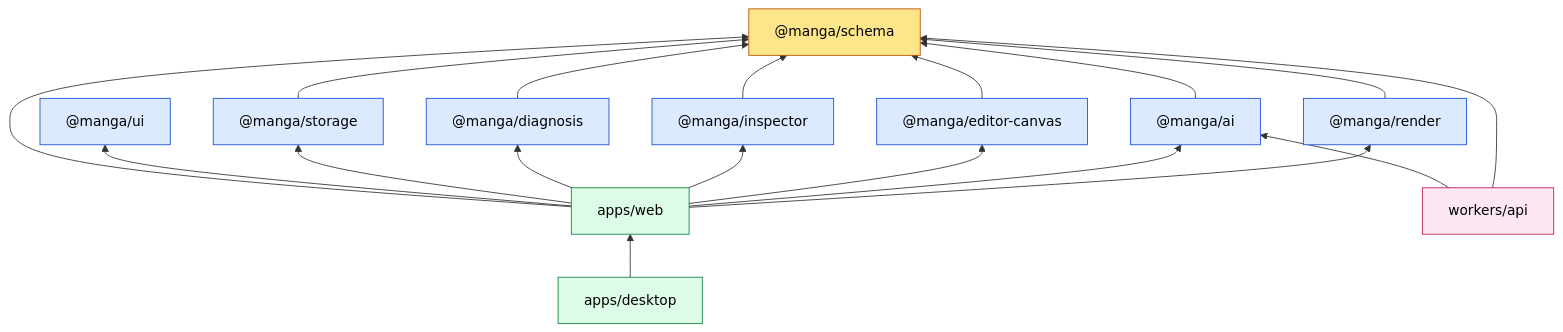
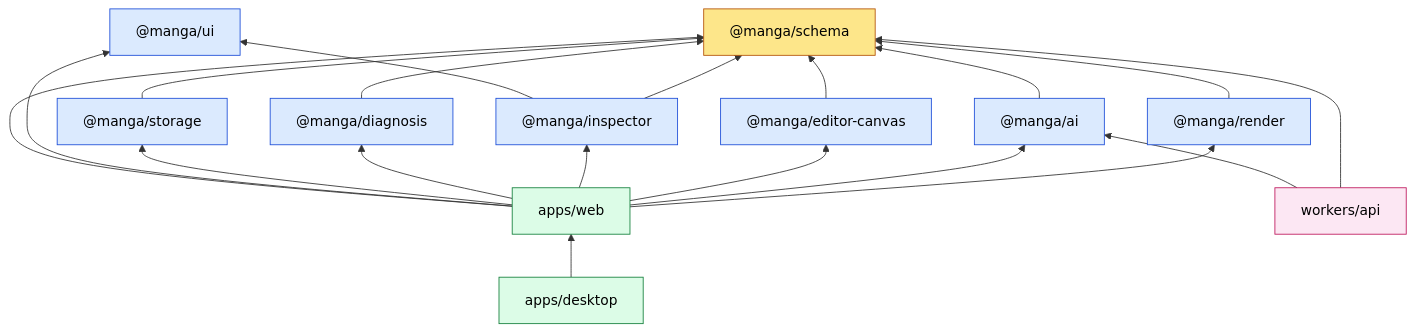
Before and after one commit to omni-stove/manga-name: the first of 4 diagrams in docs/07-dependencies.md, drawn with Mermaid. The commit also changed 70 other files, not shown here.

````diff
--- a/docs/07-dependencies.md
+++ b/docs/07-dependencies.md
@@ -13,25 +13,25 @@
 ```mermaid
 graph BT
   schema["@manga/schema"]
 
   render["@manga/render"] --> schema
   ai["@manga/ai"] --> schema
   canvas["@manga/editor-canvas"] --> schema
-  inspector["@manga/inspector"] --> schema
+  inspector["@manga/inspector"] --> schema & ui
   diagnosis["@manga/diagnosis"] --> schema
   storage["@manga/storage"] --> schema
   ui["@manga/ui"]
 
   web["apps/web"] --> render & ai & canvas & inspector & diagnosis & storage & ui & schema
   desktop["apps/desktop"] --> web
   api["workers/api"] --> schema & ai
 
   classDef core fill:#fde68a,stroke:#b45309,color:#000
   classDef pkg fill:#dbeafe,stroke:#1d4ed8,color:#000
   classDef app fill:#dcfce7,stroke:#15803d,color:#000
   classDef srv fill:#fce7f3,stroke:#be185d,color:#000
   class schema core
   class render,ai,canvas,inspector,diagnosis,storage,ui pkg
   class web,desktop app
   class api srv
 ```
````
